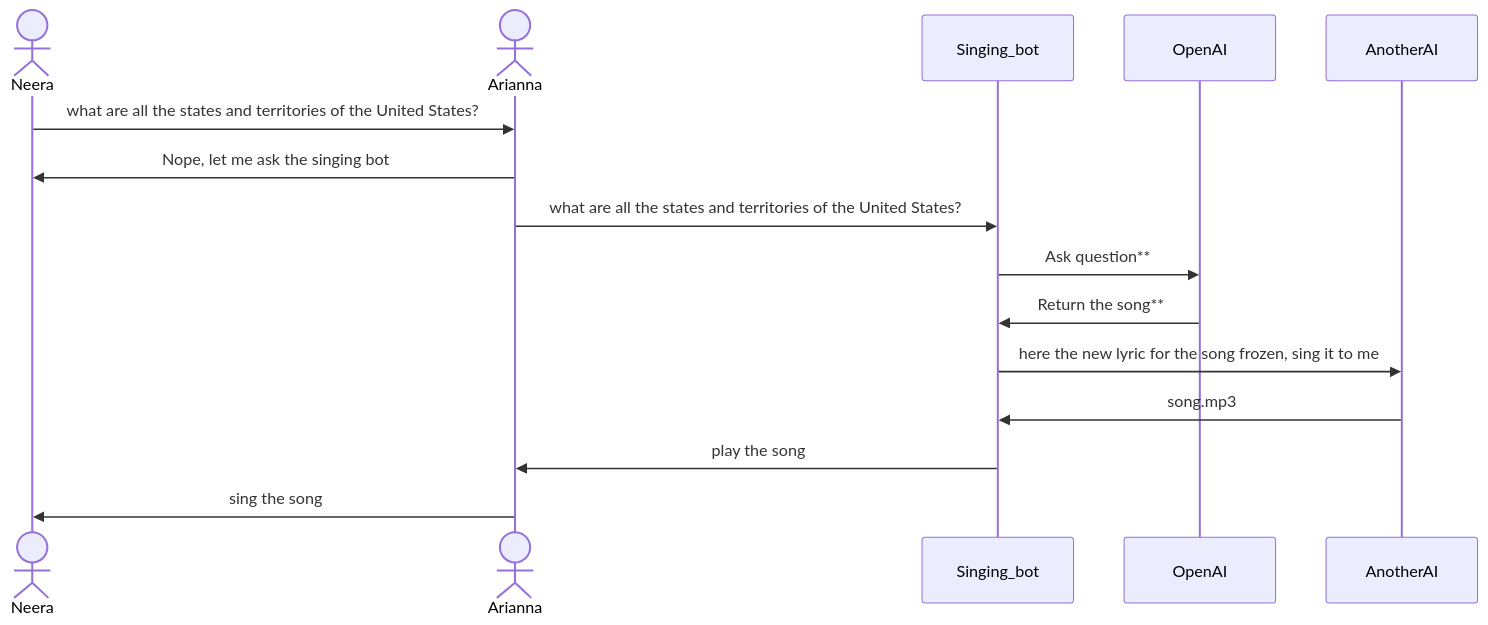
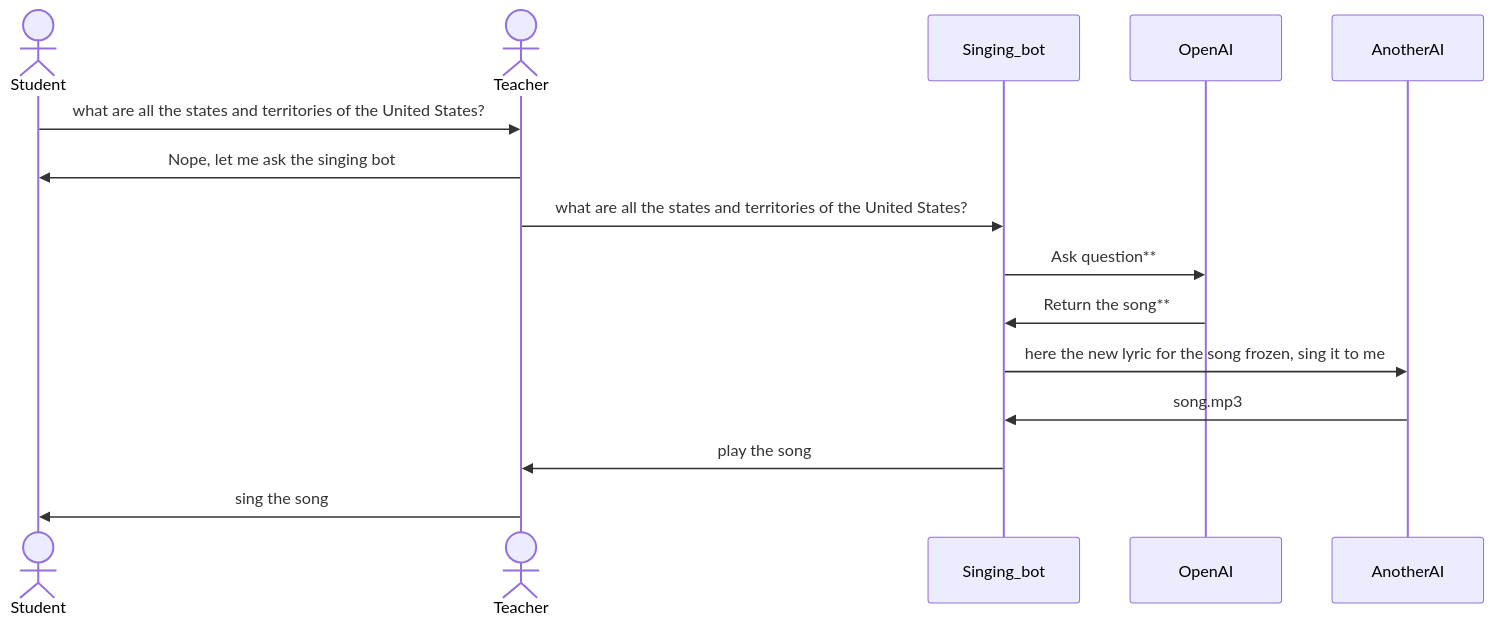
Before and after one commit to Robotics2024/singing-bot: the diagram in README.md, drawn with Mermaid.

Commit message:
Update README.md
Replaced Arianna and Neera with teacher and student

````diff
--- a/README.md
+++ b/README.md
@@ -23,15 +23,15 @@
 ```mermaid
 
 sequenceDiagram
-    actor Neera
-    actor Arianna
-    Neera->>Arianna: what are all the states and territories of the United States?
-    Arianna->>Neera: Nope, let me ask the singing bot
-    Arianna->>Singing_bot: what are all the states and territories of the United States?
+    actor Student
+    actor Teacher
+    Student->>Teacher: what are all the states and territories of the United States?
+    Teacher->>Student: Nope, let me ask the singing bot
+    Teacher->>Singing_bot: what are all the states and territories of the United States?
     Singing_bot->>OpenAI: Ask question**
     OpenAI ->> Singing_bot: Return the song**
     Singing_bot ->> AnotherAI: here the new lyric for the song frozen, sing it to me 
     AnotherAI ->> Singing_bot: song.mp3
-    Singing_bot ->> Arianna: play the song
-    Arianna ->> Neera: sing the song
+    Singing_bot ->> Teacher: play the song
+    Teacher ->> Student: sing the song
 ```
````
